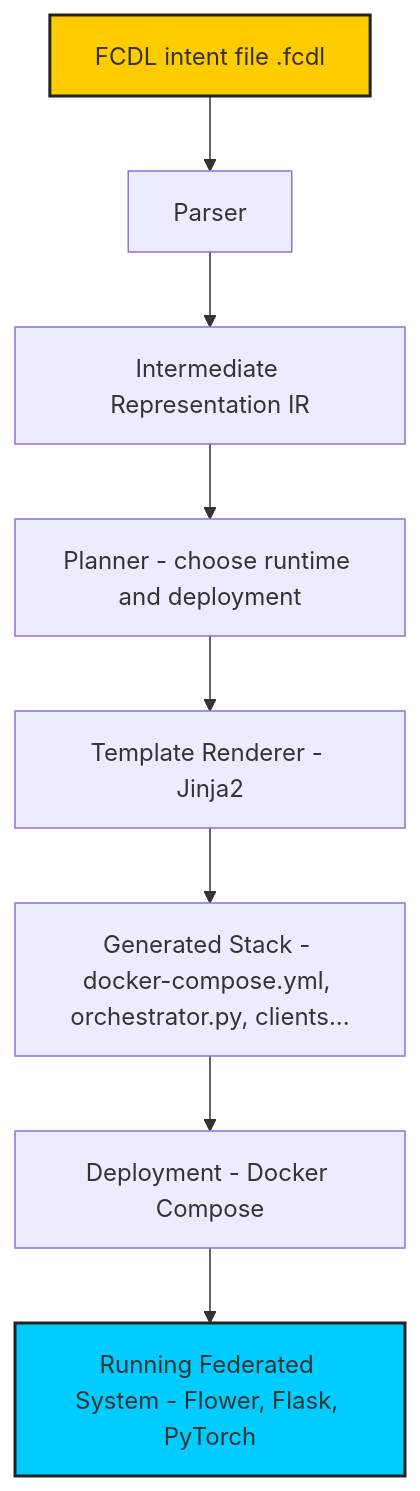
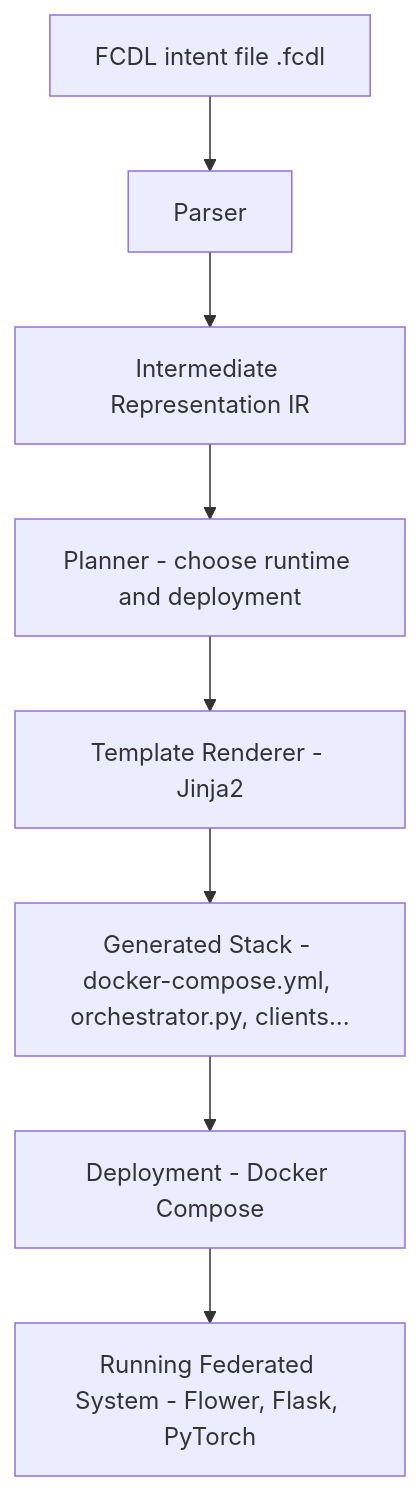
Before and after one commit to onzelf/FCDL: the diagram in README.md, drawn with Mermaid.

````diff
--- a/README.md
+++ b/README.md
@@ -26,13 +26,12 @@
 ```mermaid
  flowchart TD
     A[FCDL intent file .fcdl] --> B[Parser]
     B --> C[Intermediate Representation IR]
     C --> D[Planner - choose runtime and deployment]
     D --> E[Template Renderer - Jinja2]
     E --> F[Generated Stack - docker-compose.yml, orchestrator.py, clients...]
     F --> G[Deployment - Docker Compose]
     G --> H[Running Federated System - Flower, Flask, PyTorch]
   
-    style A fill:#ffcc00,stroke:#222,stroke-width:2px
-    style H fill:#00ccff,stroke:#222,stroke-width:2px
+    
 ```
````
